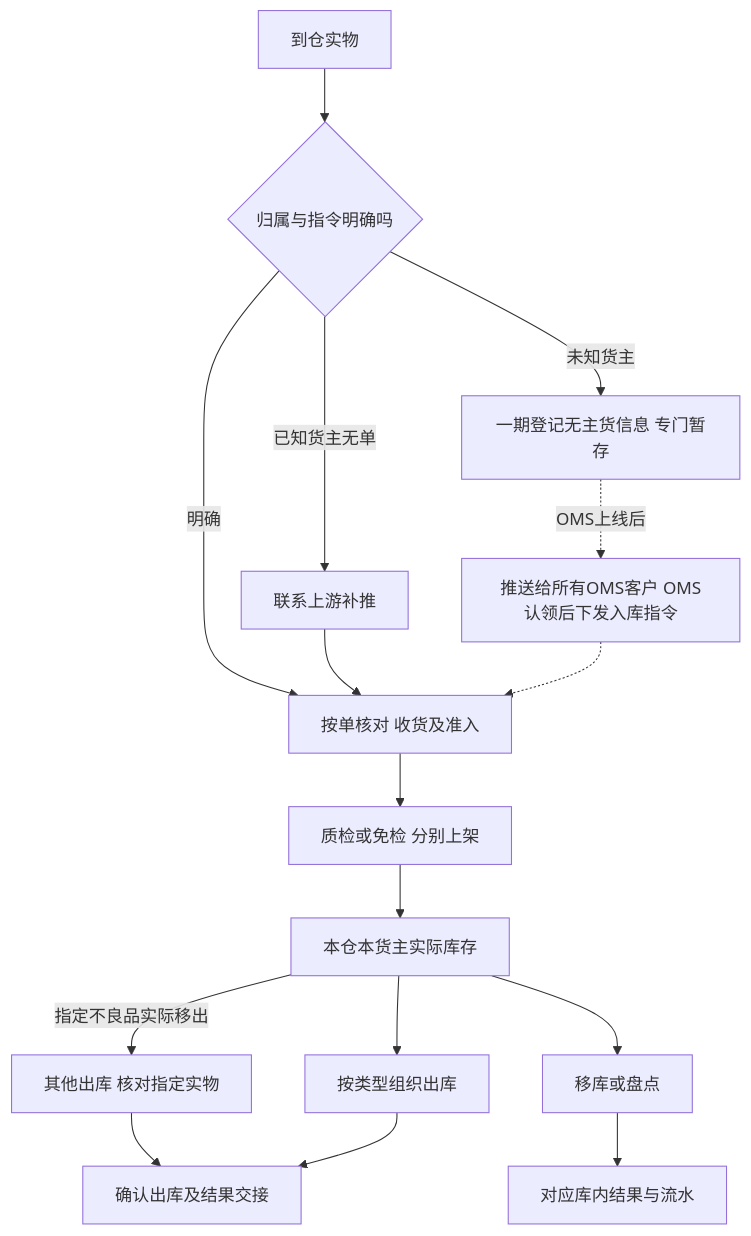
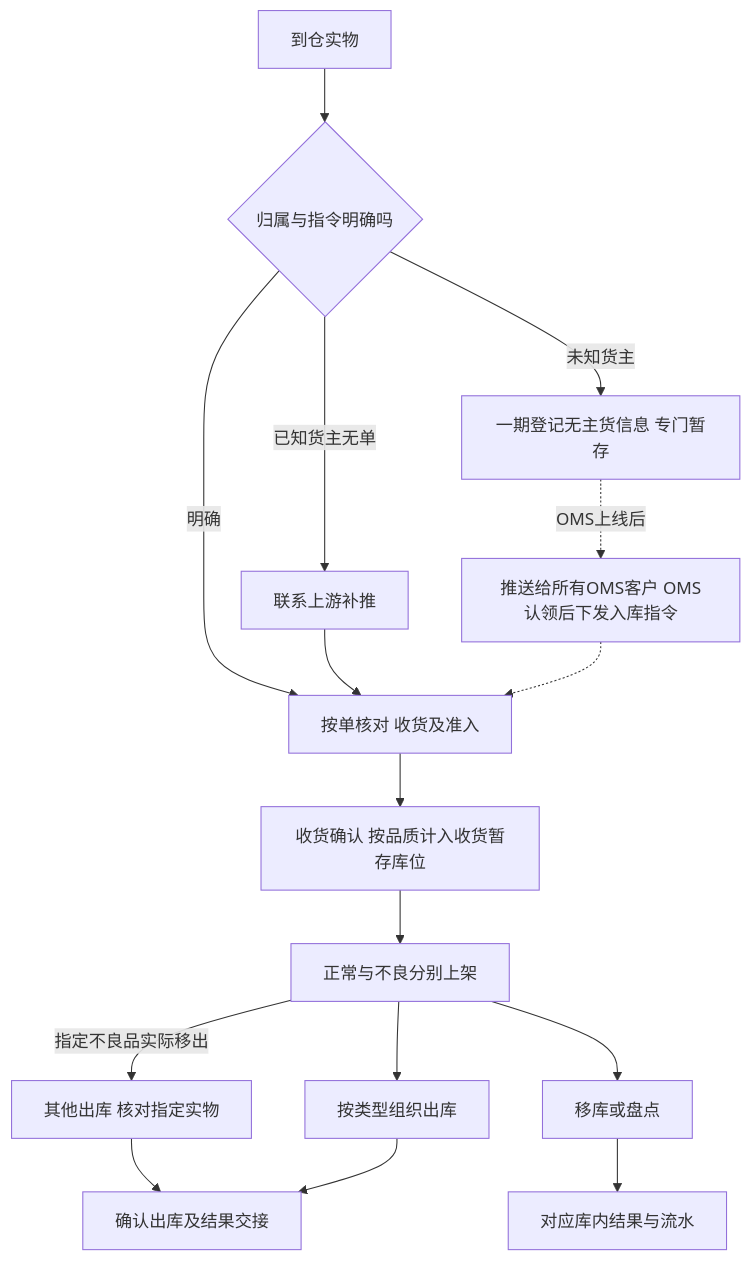
Before and after one commit to TopVitamin/QS-WMS-Project: the diagram in 04-业务分析和设计/06-海外仓典型业务场景与方案.md, drawn with Mermaid. The commit also changed other lines of this file and 174 other files, not shown here.

````diff
--- a/04-业务分析和设计/06-海外仓典型业务场景与方案.md
+++ b/04-业务分析和设计/06-海外仓典型业务场景与方案.md
@@ -15,18 +15,18 @@
 ```mermaid
 flowchart TD
     A[到仓实物] --> B{归属与指令明确吗}
     B -->|明确| C[按单核对 收货及准入]
     B -->|已知货主无单| D[联系上游补推]
     B -->|未知货主| E[一期登记无主货信息 专门暂存]
     D --> C
     E -.->|OMS上线后| F[推送给所有OMS客户 OMS认领后下发入库指令]
     F -.-> C
-    C --> G[质检或免检 分别上架]
-    G --> H[本仓本货主实际库存]
+    C --> G[收货确认 按品质计入收货暂存库位]
+    G --> H[正常与不良分别上架]
     H --> I[按类型组织出库]
     H --> J[移库或盘点]
     H -->|指定不良品实际移出| M[其他出库 核对指定实物]
     M --> K
     I --> K[确认出库及结果交接]
     J --> L[对应库内结果与流水]
 ```
````
